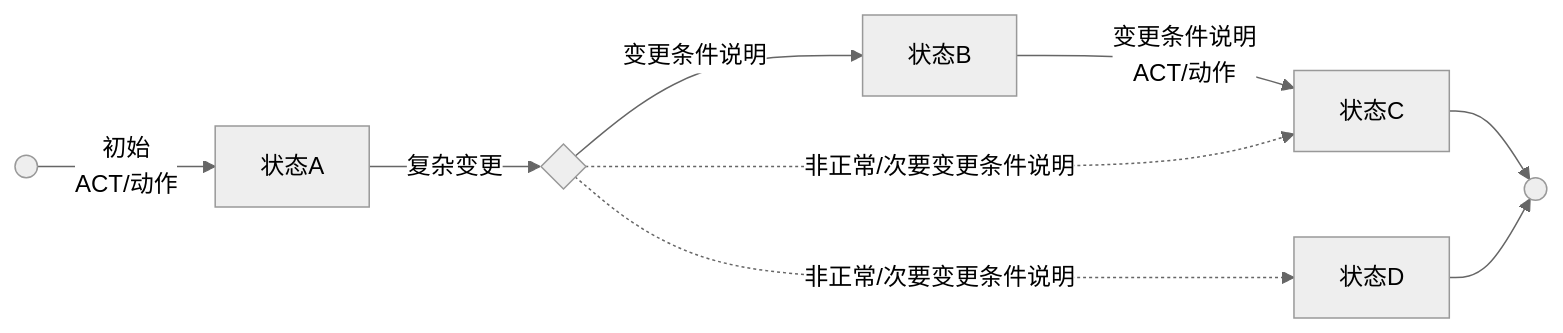
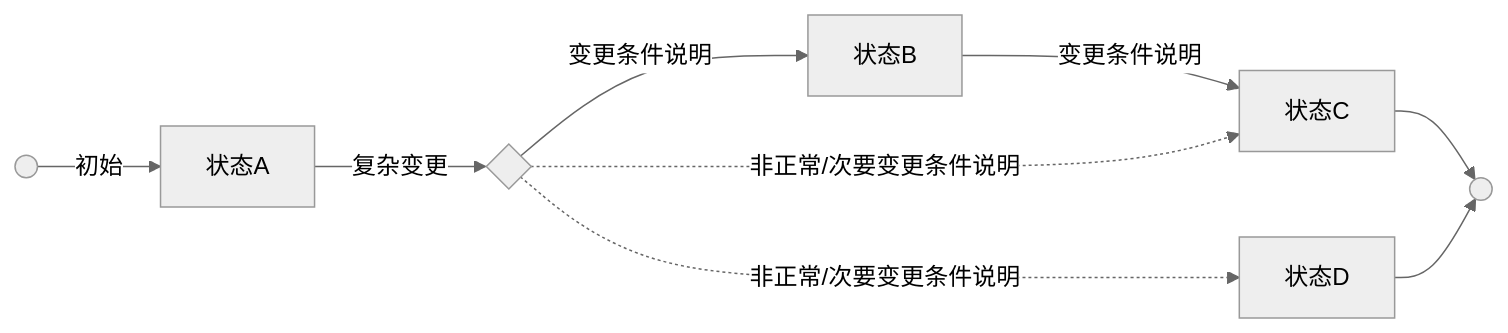
Before and after one commit to MadMaxChow/VLOOK: the third of 4 diagrams in 3-demo/VLOOK 快速参考手册.md, drawn with Mermaid (neutral theme). The commit also changed 27 other files, not shown here.

````diff
--- a/3-demo/VLOOK 快速参考手册.md
+++ b/3-demo/VLOOK 快速参考手册.md
@@ -251,13 +251,13 @@
 ```mermaid
 graph LR
 INIT(( ))
-INIT --> |初始<br>ACT/动作|A[状态A]
+INIT --> |初始|A[状态A]
 A --> |复杂变更|trans(( ))
 trans(( )) --> |变更条件说明|B[状态B]
-B --> |变更条件说明<br>ACT/动作|C[状态C]
+B --> |变更条件说明|C[状态C]
 trans{ } -.-> |非正常/次要变更条件说明|C
 C --> FINAL
 trans{ } -.-> |非正常/次要变更条件说明|D[状态D]
 D --> FINAL
 FINAL(( ))
 ```
````
